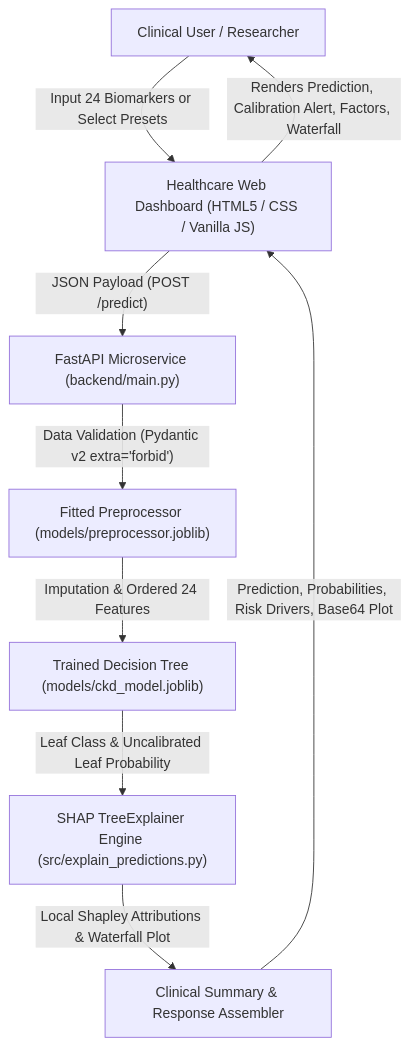
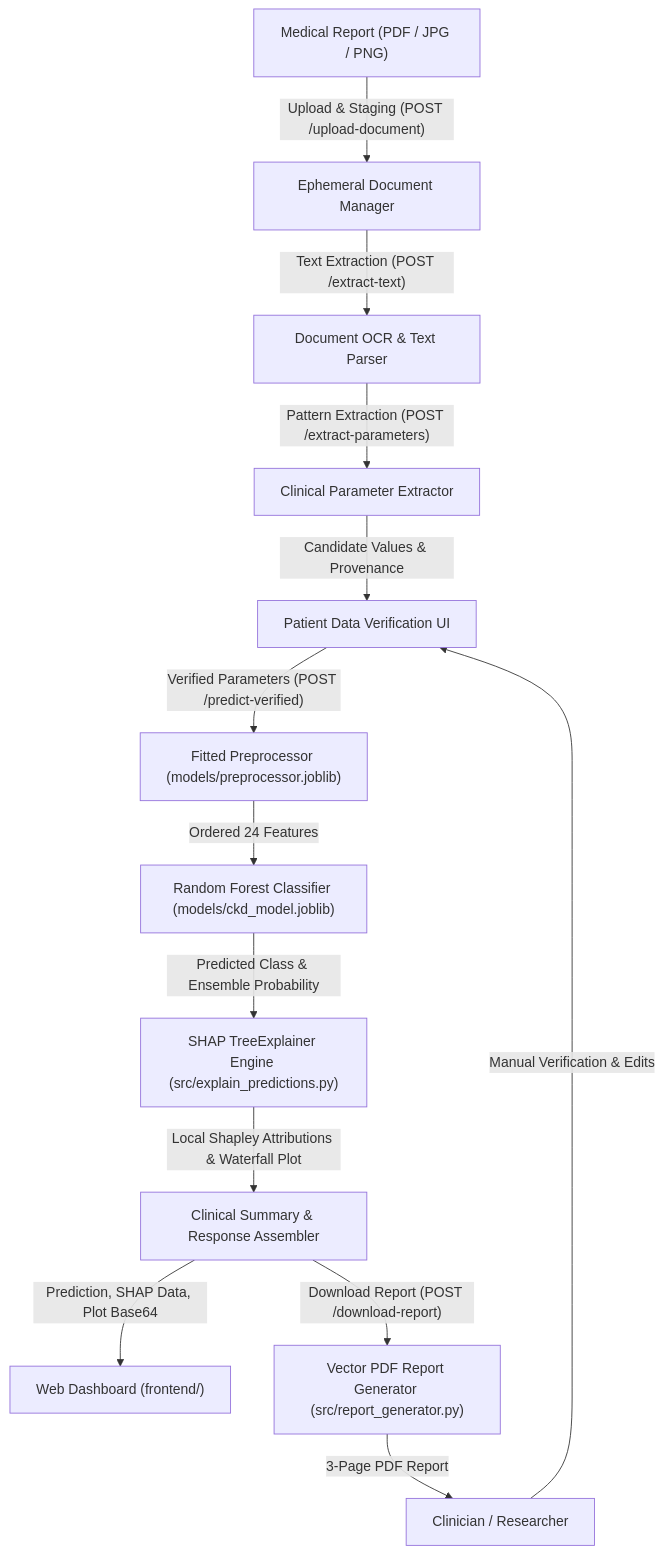
Before and after one commit to hemanth-kr-405/CKD_Explainable_AI: the first of 2 diagrams in README.md, drawn with Mermaid. The commit also changed other lines of this file and 26 other files, not shown here.

Commit message:
Finalize CKD Explainable AI with Random Forest and SHAP

````diff
--- a/README.md
+++ b/README.md
@@ -37,11 +41,18 @@
 ```mermaid
 flowchart TD
-    User["Clinical User / Researcher"] -->|"Input 24 Biomarkers or Select Presets"| Frontend["Healthcare Web Dashboard (HTML5 / CSS / Vanilla JS)"]
-    Frontend -->|"JSON Payload (POST /predict)"| Backend["FastAPI Microservice (backend/main.py)"]
-    Backend -->|"Data Validation (Pydantic v2 extra='forbid')"| Preprocessor["Fitted Preprocessor (models/preprocessor.joblib)"]
-    Preprocessor -->|"Imputation & Ordered 24 Features"| Model["Trained Decision Tree (models/ckd_model.joblib)"]
-    Model -->|"Leaf Class & Uncalibrated Leaf Probability"| SHAP["SHAP TreeExplainer Engine (src/explain_predictions.py)"]
+    Doc["Medical Report (PDF / JPG / PNG)"] -->|"Upload & Staging (POST /upload-document)"| Upload["Ephemeral Document Manager"]
+    Upload -->|"Text Extraction (POST /extract-text)"| OCR["Document OCR & Text Parser"]
+    OCR -->|"Pattern Extraction (POST /extract-parameters)"| Extractor["Clinical Parameter Extractor"]
+    Extractor -->|"Candidate Values & Provenance"| Verification["Patient Data Verification UI"]
+    
+    User["Clinician / Researcher"] -->|"Manual Verification & Edits"| Verification
+    Verification -->|"Verified Parameters (POST /predict-verified)"| Preprocessor["Fitted Preprocessor (models/preprocessor.joblib)"]
+    
+    Preprocessor -->|"Ordered 24 Features"| Model["Random Forest Classifier (models/ckd_model.joblib)"]
+    Model -->|"Predicted Class & Ensemble Probability"| SHAP["SHAP TreeExplainer Engine (src/explain_predictions.py)"]
     SHAP -->|"Local Shapley Attributions & Waterfall Plot"| Synthesizer["Clinical Summary & Response Assembler"]
-    Synthesizer -->|"Prediction, Probabilities, Risk Drivers, Base64 Plot"| Frontend
-    Frontend -->|"Renders Prediction, Calibration Alert, Factors, Waterfall"| User
+    
+    Synthesizer -->|"Prediction, SHAP Data, Plot Base64"| Frontend["Web Dashboard (frontend/)"]
+    Synthesizer -->|"Download Report (POST /download-report)"| PDF["Vector PDF Report Generator (src/report_generator.py)"]
+    PDF -->|"3-Page PDF Report"| User
 ```
````
